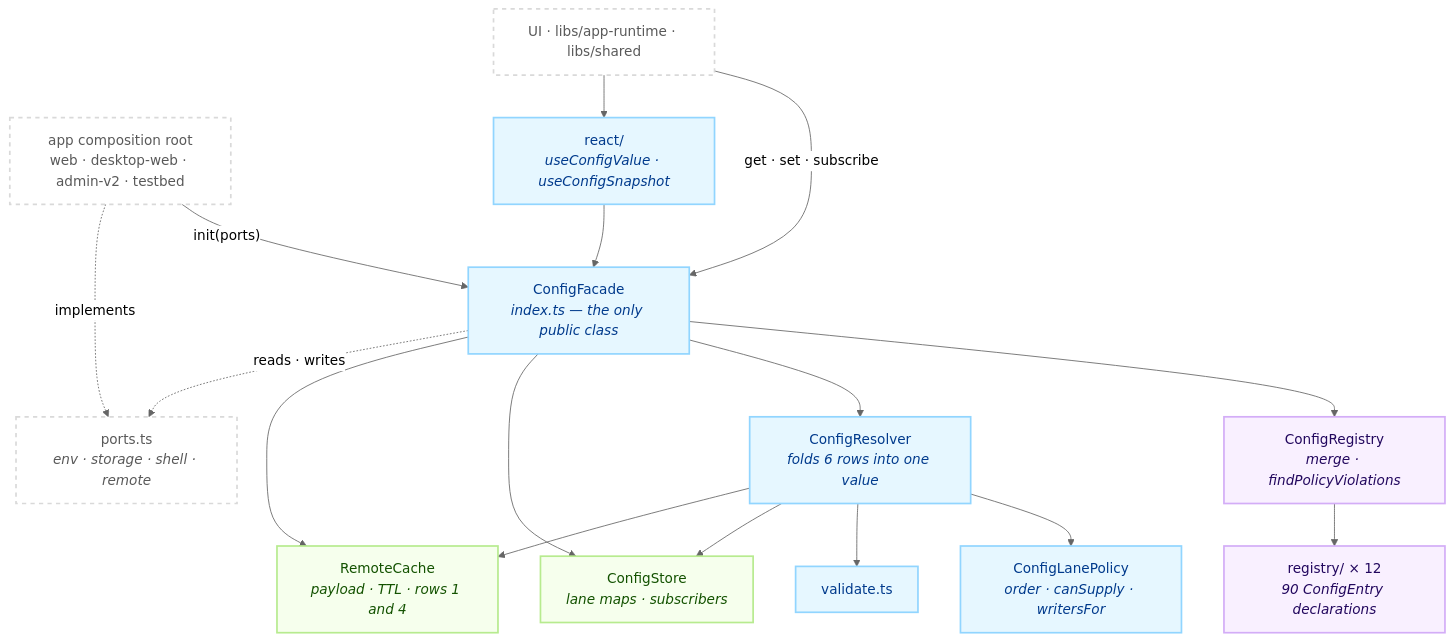
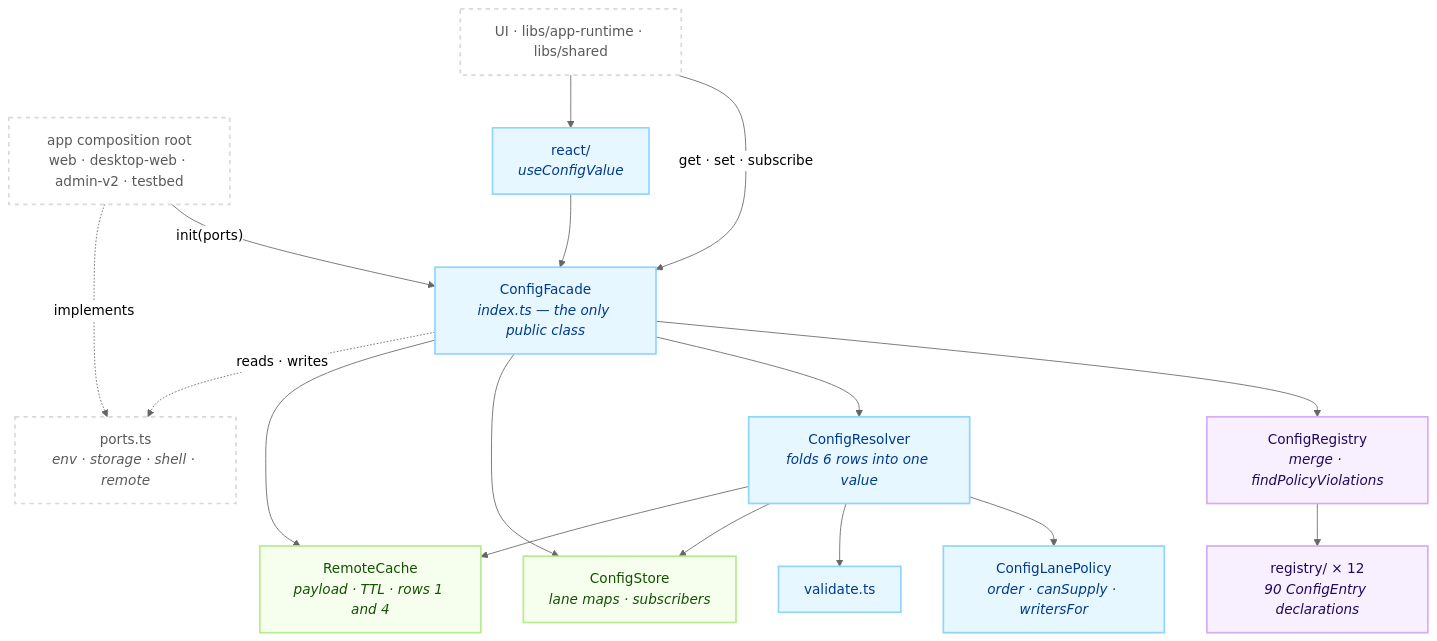
One commit to lemoncloud-io/dou-app changed the first of 2 diagrams in libs/config/README.md. Above: the diagram before and after it, drawn with Mermaid (neutral theme). The commit also changed other lines of this file and 10 other files, not shown here.

````diff
--- a/libs/config/README.md
+++ b/libs/config/README.md
@@ -60,40 +60,40 @@
 ```mermaid
 flowchart TD
     classDef decl fill:#f9f0ff,stroke:#d3adf7,stroke-width:2px,color:#22075e;
     classDef resl fill:#e6f7ff,stroke:#91d5ff,stroke-width:2px,color:#003a8c;
     classDef hold fill:#f6ffed,stroke:#b7eb8f,stroke-width:2px,color:#135200;
     classDef ext fill:#ffffff,stroke:#d9d9d9,stroke-width:2px,color:#595959,stroke-dasharray: 5 5;
 
     App["app composition root<br/>web · desktop-web · admin-v2 · testbed"]:::ext
     UI["UI · libs/app-runtime · libs/shared"]:::ext
 
     Facade["ConfigFacade<br/><i>index.ts — the only public class</i>"]:::resl
-    React["react/<br/><i>useConfigValue · useConfigSnapshot</i>"]:::resl
+    React["react/<br/><i>useConfigValue</i>"]:::resl
 
     Registry["ConfigRegistry<br/><i>merge · findPolicyViolations</i>"]:::decl
     Modules["registry/ × 12<br/><i>90 ConfigEntry declarations</i>"]:::decl
 
     Resolver["ConfigResolver<br/><i>folds 6 rows into one value</i>"]:::resl
     Policy["ConfigLanePolicy<br/><i>order · canSupply · writersFor</i>"]:::resl
     Validate["validate.ts"]:::resl
 
     Store["ConfigStore<br/><i>lane maps · subscribers</i>"]:::hold
     Remote["RemoteCache<br/><i>payload · TTL · rows 1 and 4</i>"]:::hold
 
     Ports["ports.ts<br/><i>env · storage · shell · remote</i>"]:::ext
 
     App -->|"init(ports)"| Facade
     UI -->|"get · set · subscribe"| Facade
     UI --> React
     React --> Facade
     Facade --> Registry --> Modules
     Facade --> Resolver
     Facade --> Store
     Facade --> Remote
     Resolver --> Policy
     Resolver --> Validate
     Resolver --> Store
     Resolver --> Remote
     Facade -.->|"reads · writes"| Ports
     App -.->|"implements"| Ports
 ```
````
